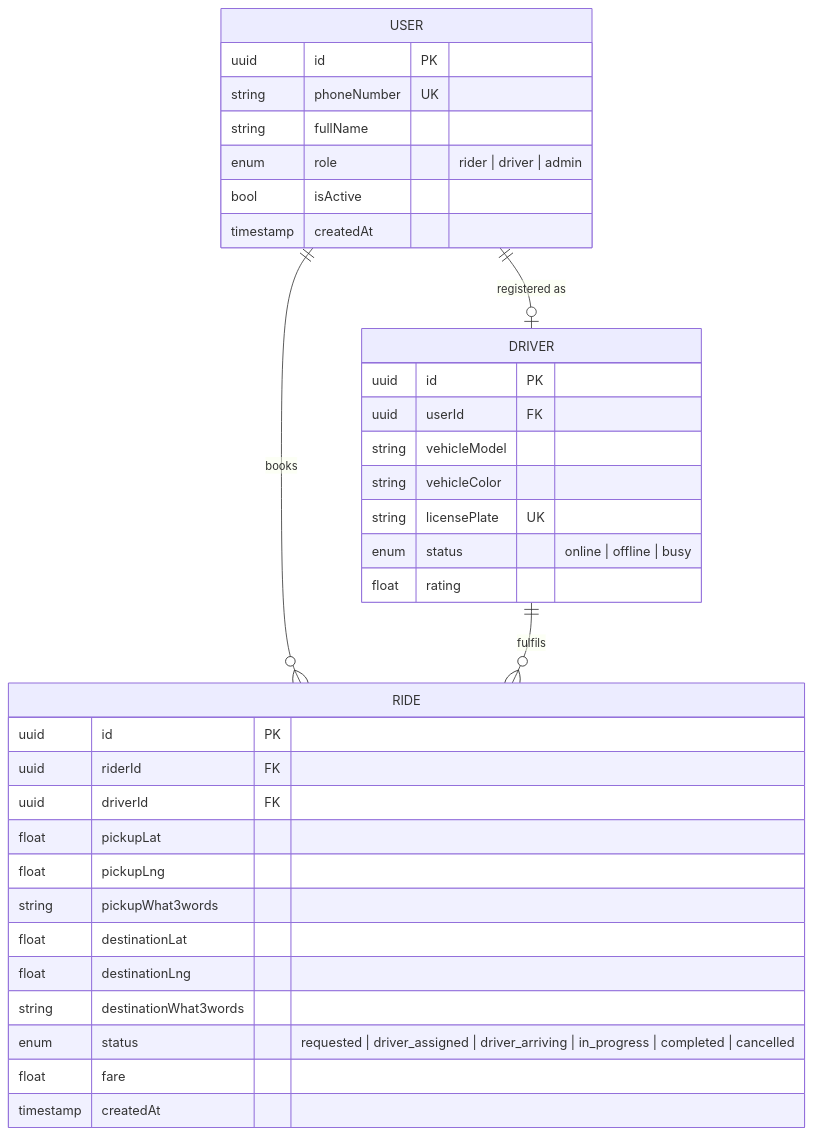
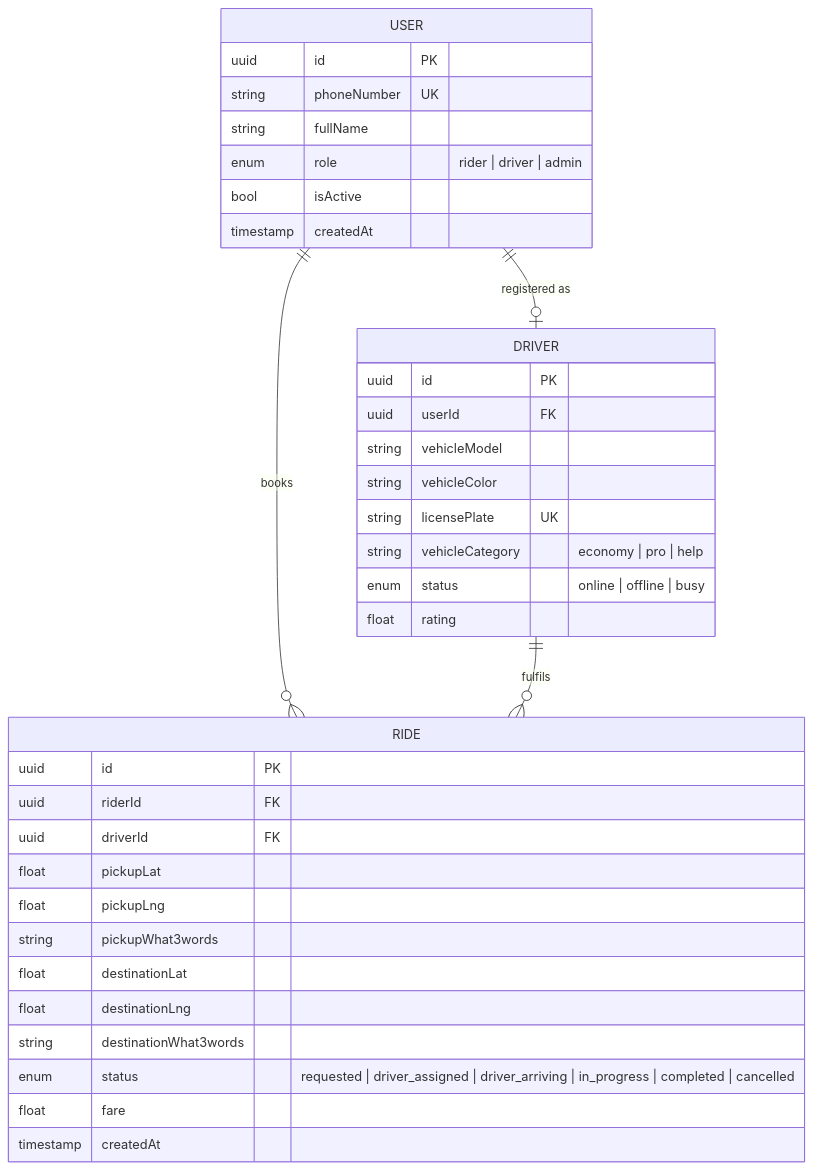
Before and after one commit to bellonbits/kaalay: the fourth of 5 diagrams in README.md, drawn with Mermaid. The commit also changed other lines of this file and 292 other files, not shown here.

````diff
--- a/README.md
+++ b/README.md
@@ -123,40 +170,41 @@
 ```mermaid
 erDiagram
     USER {
         uuid id PK
         string phoneNumber UK
         string fullName
         enum role "rider | driver | admin"
         bool isActive
         timestamp createdAt
     }
 
     DRIVER {
         uuid id PK
         uuid userId FK
         string vehicleModel
         string vehicleColor
         string licensePlate UK
+        string vehicleCategory "economy | pro | help"
         enum status "online | offline | busy"
         float rating
     }
 
     RIDE {
         uuid id PK
         uuid riderId FK
         uuid driverId FK
         float pickupLat
         float pickupLng
         string pickupWhat3words
         float destinationLat
         float destinationLng
         string destinationWhat3words
         enum status "requested | driver_assigned | driver_arriving | in_progress | completed | cancelled"
         float fare
         timestamp createdAt
     }
 
     USER ||--o{ RIDE : "books"
     DRIVER ||--o{ RIDE : "fulfils"
     USER ||--o| DRIVER : "registered as"
 ```
````
